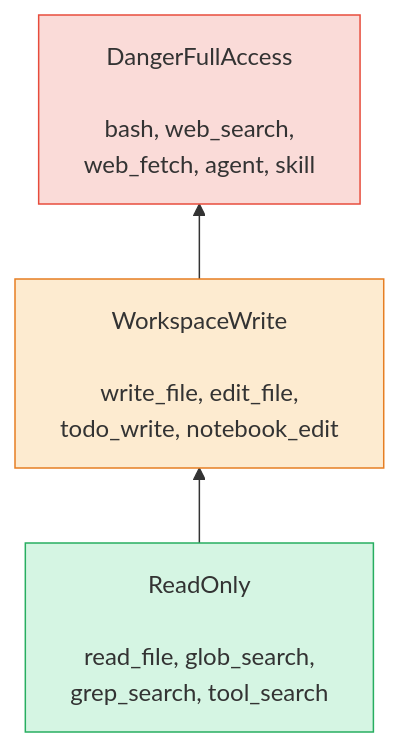
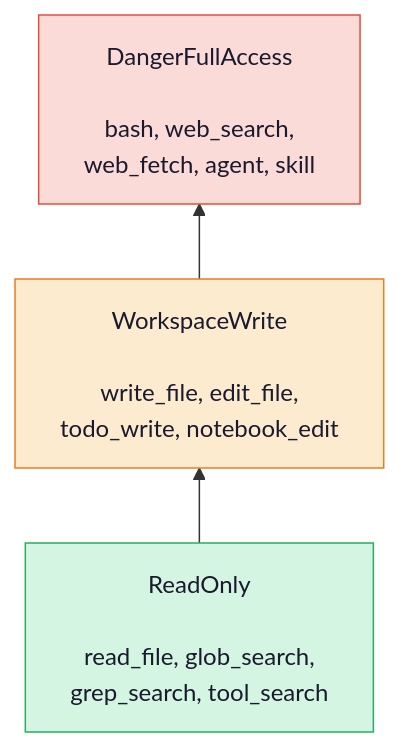
Before and after one commit to mickeyyaya/claw-code-architecture: the first of 3 diagrams in architecture/session-05-permissions.md, drawn with Mermaid. The commit also changed other lines of this file and 8 other files, not shown here.

Commit message:
fix: add dark text color to all light-fill diagram nodes for readability

````diff
--- a/architecture/session-05-permissions.md
+++ b/architecture/session-05-permissions.md
@@ -41,12 +41,12 @@
 ```mermaid
 graph BT
     RO["ReadOnly\n\nread_file, glob_search,\ngrep_search, tool_search"]
     WW["WorkspaceWrite\n\nwrite_file, edit_file,\ntodo_write, notebook_edit"]
     DFA["DangerFullAccess\n\nbash, web_search,\nweb_fetch, agent, skill"]
 
     RO --> WW --> DFA
 
-    style RO fill:#d5f5e3,stroke:#27ae60
-    style WW fill:#fdebd0,stroke:#e67e22
-    style DFA fill:#fadbd8,stroke:#e74c3c
+    style RO fill:#d5f5e3,stroke:#27ae60,color:#1a1a2e
+    style WW fill:#fdebd0,stroke:#e67e22,color:#1a1a2e
+    style DFA fill:#fadbd8,stroke:#e74c3c,color:#1a1a2e
 ```
````
